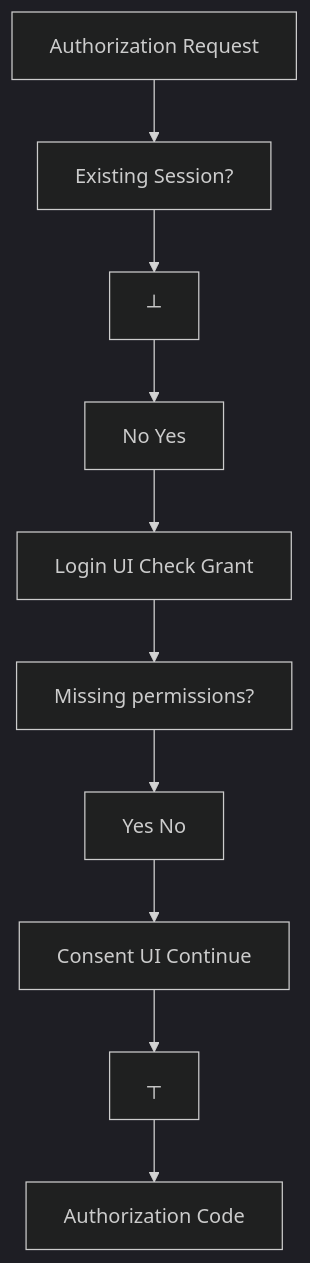
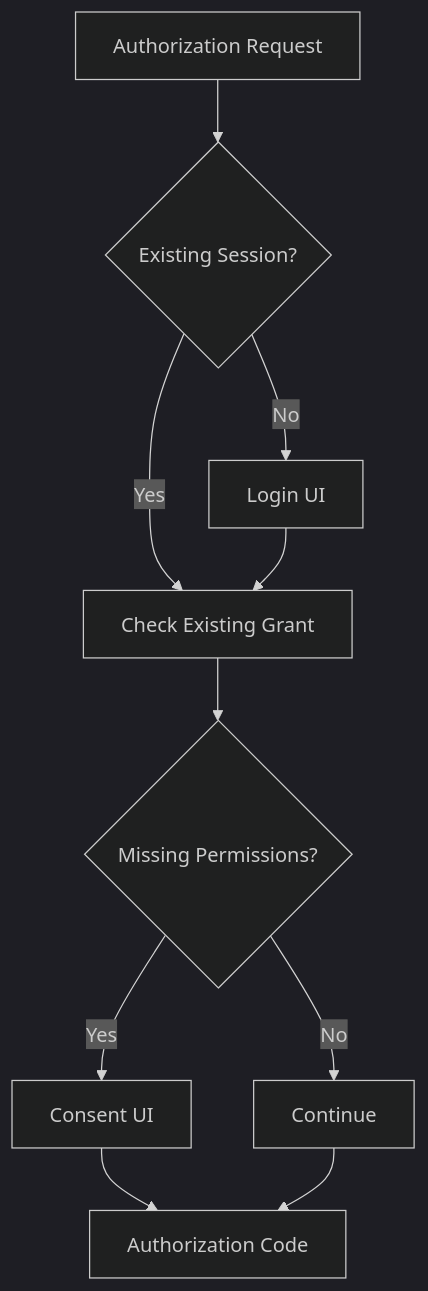
One commit to TechSivaram/tscloak changed the first of 18 diagrams in README.md. Above: the diagram before and after it, drawn with Mermaid (dark theme). The commit also changed other lines of this file, not shown here.

````diff
--- a/README.md
+++ b/README.md
@@ -68,13 +70,12 @@
 ```mermaid
 flowchart TD
-    N0["Authorization Request"] --> N1
-    N1["Existing Session?"] --> N2
-    N2["┴"] --> N3
-    N3["No        Yes"] --> N4
-    N4["Login UI    Check Grant"] --> N5
-    N5["Missing permissions?"] --> N6
-    N6["Yes        No"] --> N7
-    N7["Consent UI   Continue"] --> N8
-    N8["┬"] --> N9
-    N9["Authorization Code"]
+    A["Authorization Request"] --> B{"Existing Session?"}
+    B -->|No| C["Login UI"]
+    B -->|Yes| D["Check Existing Grant"]
+    C --> D
+    D --> E{"Missing Permissions?"}
+    E -->|Yes| F["Consent UI"]
+    E -->|No| G["Continue"]
+    F --> H["Authorization Code"]
+    G --> H
 ```
````
